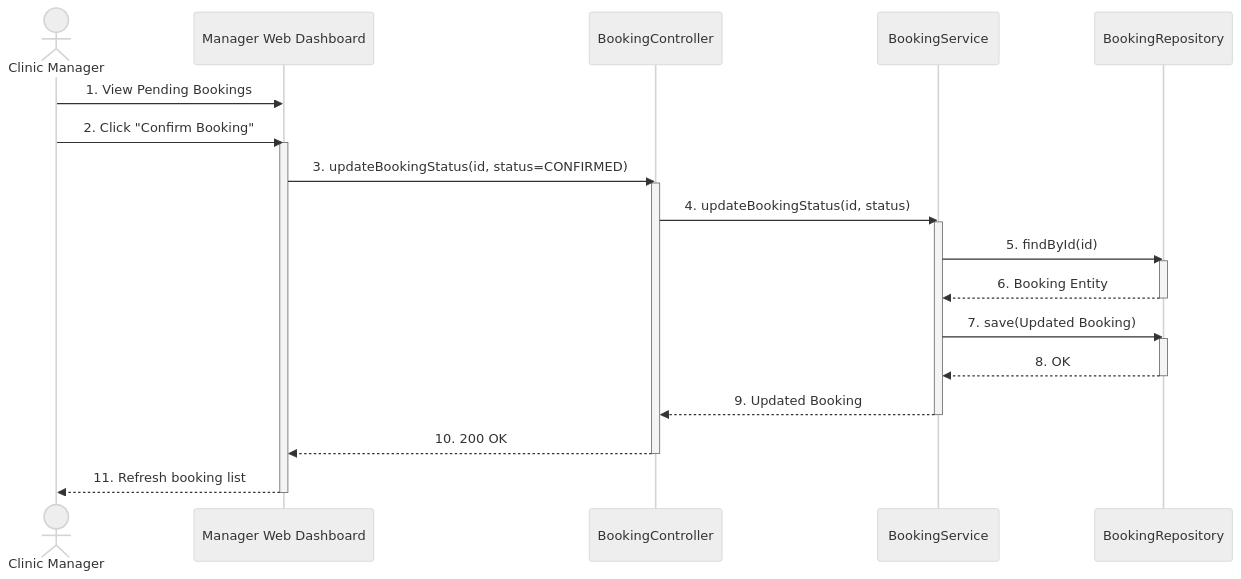
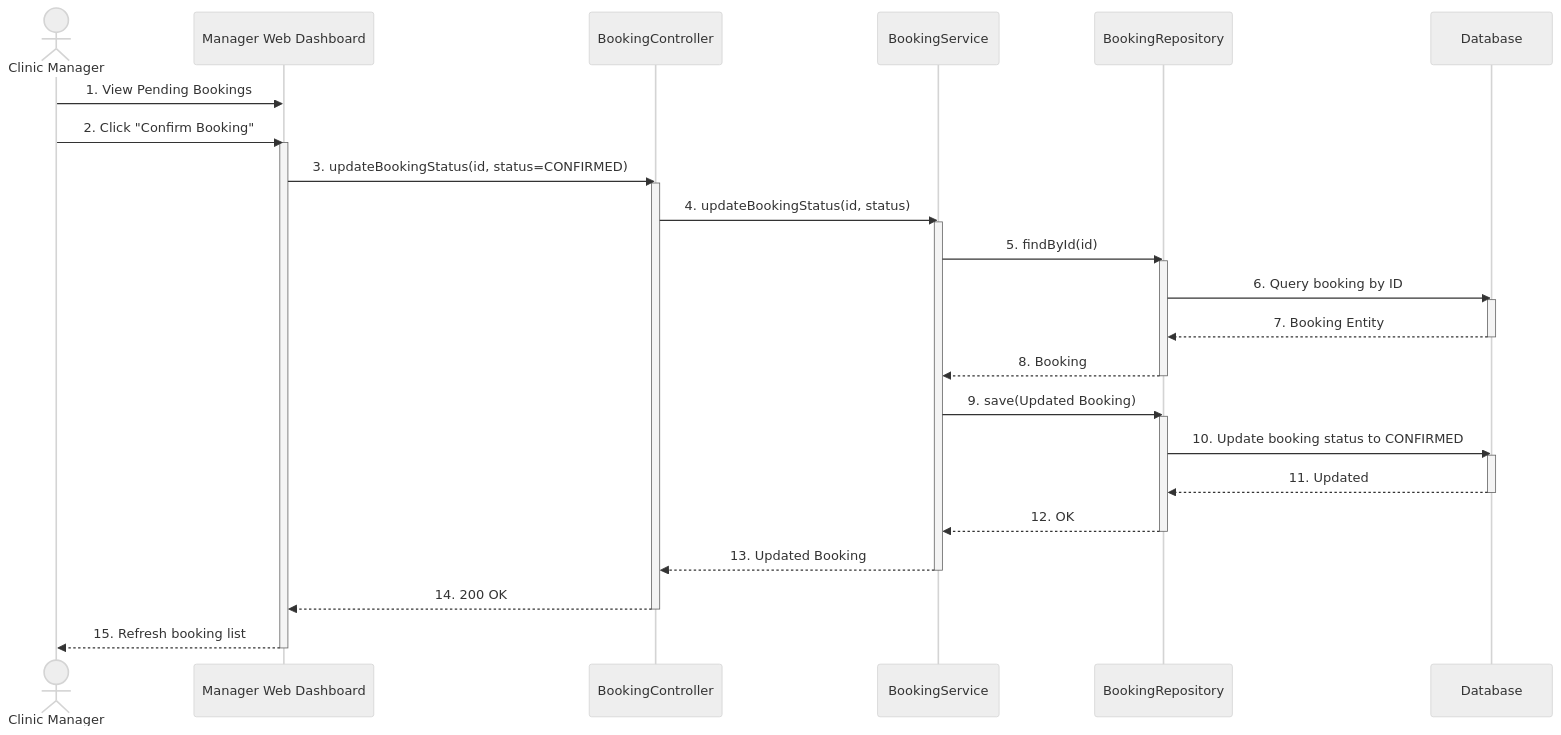
Diagram 38 of 42 in docs-references/documentation/SDD/REPORT_4_SDD_SYSTEM_DESIGN.md (espresso23/Petties-Veterinary-Appointment-Booking-Platform), drawn with Mermaid (neutral theme) before and after one commit. The commit also changed other lines of this file and 15 other files, not shown here.

````diff
--- a/docs-references/documentation/SDD/REPORT_4_SDD_SYSTEM_DESIGN.md
+++ b/docs-references/documentation/SDD/REPORT_4_SDD_SYSTEM_DESIGN.md
@@ -2482,30 +2813,39 @@
 ```mermaid
 sequenceDiagram
     actor M as Clinic Manager
     participant UI as Manager Web Dashboard
     participant BC as BookingController
     participant BS as BookingService
     participant BR as BookingRepository
+    participant DB as Database
 
     M->>UI: 1. View Pending Bookings
     M->>UI: 2. Click "Confirm Booking"
     activate UI
     UI->>BC: 3. updateBookingStatus(id, status=CONFIRMED)
     activate BC
     BC->>BS: 4. updateBookingStatus(id, status)
     activate BS
     BS->>BR: 5. findById(id)
     activate BR
-    BR-->>BS: 6. Booking Entity
+    BR->>DB: 6. Query booking by ID
+    activate DB
+    DB-->>BR: 7. Booking Entity
+    deactivate DB
+    BR-->>BS: 8. Booking
     deactivate BR
-    BS->>BR: 7. save(Updated Booking)
+    BS->>BR: 9. save(Updated Booking)
     activate BR
-    BR-->>BS: 8. OK
+    BR->>DB: 10. Update booking status to CONFIRMED
+    activate DB
+    DB-->>BR: 11. Updated
+    deactivate DB
+    BR-->>BS: 12. OK
     deactivate BR
-    BS-->>BC: 9. Updated Booking
+    BS-->>BC: 13. Updated Booking
     deactivate BS
-    BC-->>UI: 10. 200 OK
+    BC-->>UI: 14. 200 OK
     deactivate BC
-    UI-->>M: 11. Refresh booking list
+    UI-->>M: 15. Refresh booking list
     deactivate UI
 ```
````
